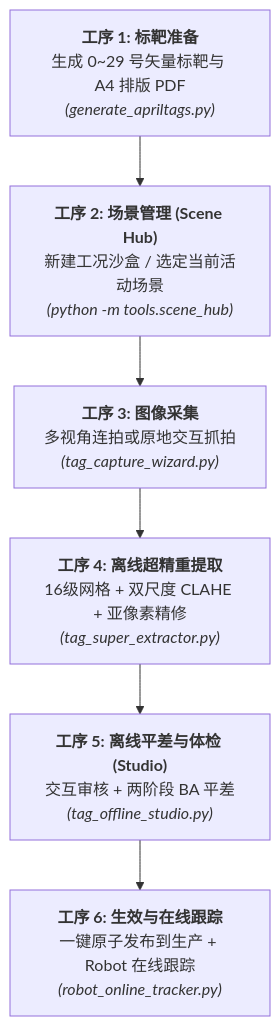
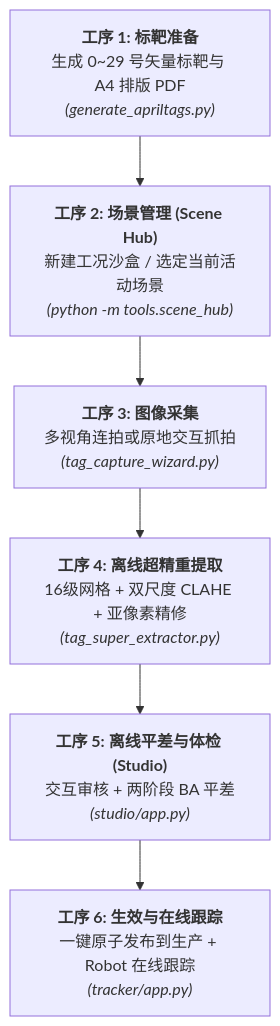
The second of 3 diagrams in README.md (voicevon/flux_vision_3d), drawn with Mermaid before and after one commit. The commit also changed other lines of this file and 25 other files, not shown here.

````diff
--- a/README.md
+++ b/README.md
@@ -173,11 +173,11 @@
 ```mermaid
 flowchart TD
     S1["<b>工序 1: 标靶准备</b><br>生成 0~29 号矢量标靶与 A4 排版 PDF<br><i>(generate_apriltags.py)</i>"]
     S2["<b>工序 2: 场景管理 (Scene Hub)</b><br>新建工况沙盒 / 选定当前活动场景<br><i>(python -m tools.scene_hub)</i>"]
     S3["<b>工序 3: 图像采集</b><br>多视角连拍或原地交互抓拍<br><i>(tag_capture_wizard.py)</i>"]
     S4["<b>工序 4: 离线超精重提取</b><br>16级网格 + 双尺度 CLAHE + 亚像素精修<br><i>(tag_super_extractor.py)</i>"]
-    S5["<b>工序 5: 离线平差与体检 (Studio)</b><br>交互审核 + 两阶段 BA 平差<br><i>(tag_offline_studio.py)</i>"]
-    S6["<b>工序 6: 生效与在线跟踪</b><br>一键原子发布到生产 + Robot 在线跟踪<br><i>(robot_online_tracker.py)</i>"]
+    S5["<b>工序 5: 离线平差与体检 (Studio)</b><br>交互审核 + 两阶段 BA 平差<br><i>(studio/app.py)</i>"]
+    S6["<b>工序 6: 生效与在线跟踪</b><br>一键原子发布到生产 + Robot 在线跟踪<br><i>(tracker/app.py)</i>"]
 
     S1 --> S2 --> S3 --> S4 --> S5 --> S6
 ```
````
